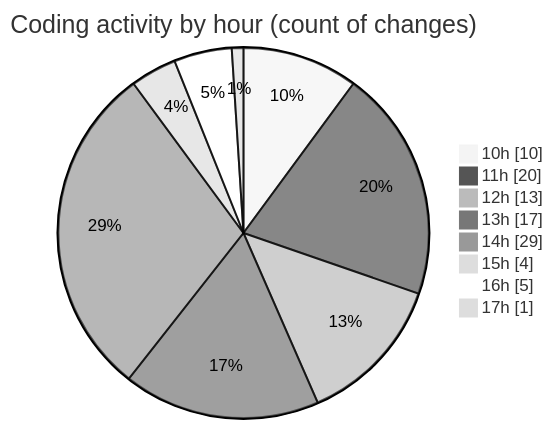
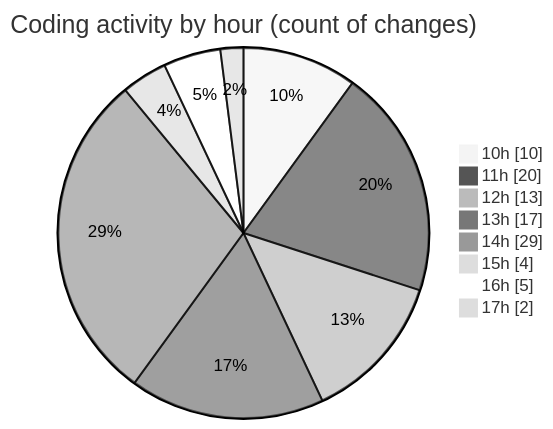
The second of 2 diagrams in 2025-03-31/jsvms/README.md (BS-eng2023/code-tracking), drawn with Mermaid (neutral theme) before and after one commit. The commit also changed other lines of this file and 1 other file, not shown here.

````diff
--- a/2025-03-31/jsvms/README.md
+++ b/2025-03-31/jsvms/README.md
@@ -61,12 +61,12 @@
 ```mermaid
 pie showData
 title Coding activity by hour (count of changes)
 "10h" : 10
 "11h" : 20
 "12h" : 13
 "13h" : 17
 "14h" : 29
 "15h" : 4
 "16h" : 5
-"17h" : 1
+"17h" : 2
 ```
````
